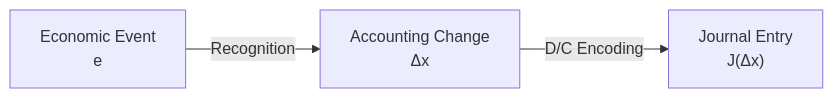
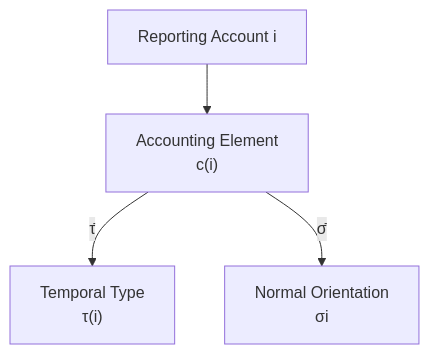
The first of 2 diagrams in theory/05-double-entry.md (niikei/accounting-state-model), drawn with Mermaid before and after one commit. The commit also changed other lines of this file and 5 other files, not shown here.

````diff
--- a/theory/05-double-entry.md
+++ b/theory/05-double-entry.md
@@ -86,9 +286,14 @@
 ```mermaid
-flowchart LR
-    E["Economic Event<br/>e"]
-    X["Accounting Change<br/>Δx"]
-    J["Journal Entry<br/>J(Δx)"]
+flowchart TD
+    ACCOUNT["Reporting Account i"]
 
-    E -->|"Recognition"| X
-    X -->|"D/C Encoding"| J
+    ELEMENT["Accounting Element<br/>c(i)"]
+
+    TIME["Temporal Type<br/>τ(i)"]
+
+    ORIENTATION["Normal Orientation<br/>σi"]
+
+    ACCOUNT --> ELEMENT
+    ELEMENT -->|"τ̄"| TIME
+    ELEMENT -->|"σ̄"| ORIENTATION
 ```
````
